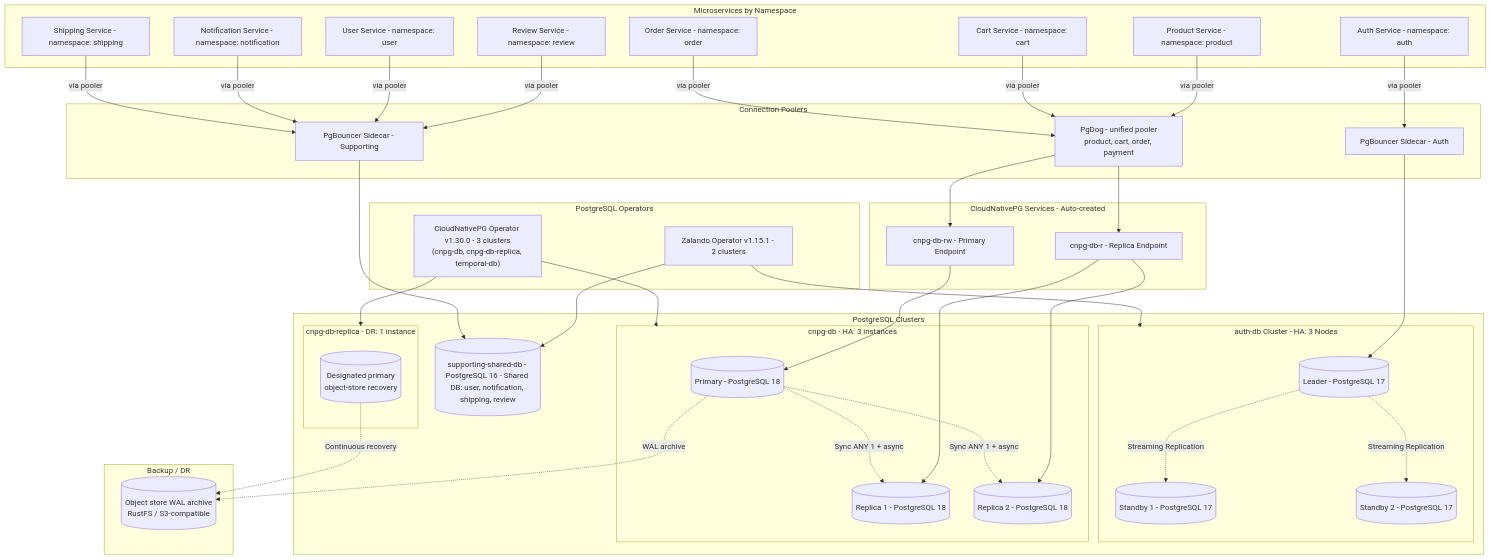
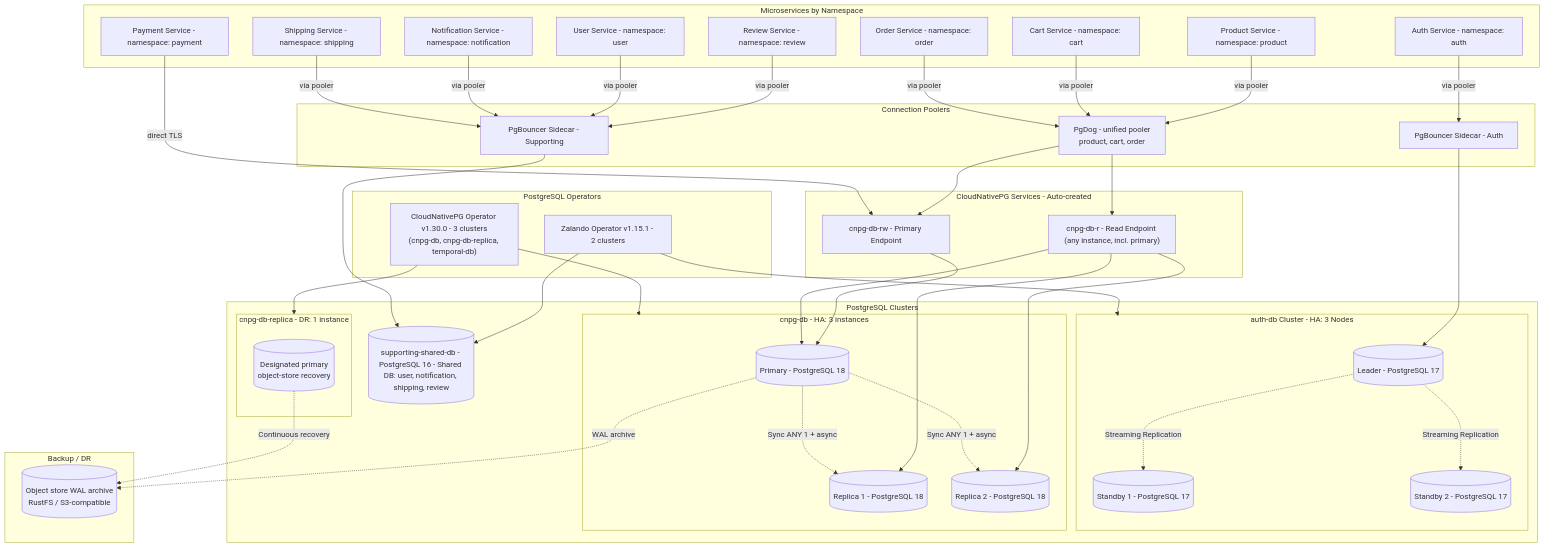
Before and after one commit to duynhlab/homelab: the first of 3 diagrams in docs/databases/002-database-integration.md, drawn with Mermaid. The commit also changed other lines of this file and 44 other files, not shown here.

```diff
--- a/docs/databases/002-database-integration.md
+++ b/docs/databases/002-database-integration.md
@@ -41,6 +41,7 @@
         ProductSvc["Product Service - namespace: product"]
         CartSvc["Cart Service - namespace: cart"]
         OrderSvc["Order Service - namespace: order"]
+        PaymentSvc["Payment Service - namespace: payment"]
         ReviewSvc["Review Service - namespace: review"]
         UserSvc["User Service - namespace: user"]
         NotificationSvc["Notification Service - namespace: notification"]
@@ -50,7 +51,7 @@
     subgraph Poolers["Connection Poolers"]
         PgBouncerAuth["PgBouncer Sidecar - Auth"]
         PgBouncerSupporting["PgBouncer Sidecar - Supporting"]
-        PgDogCNPG["PgDog - unified pooler<br/>product, cart, order, payment"]
+        PgDogCNPG["PgDog - unified pooler<br/>product, cart, order"]
     end
     
     subgraph Clusters["PostgreSQL Clusters"]
@@ -79,7 +80,7 @@
     
     subgraph CloudNativePGSvc["CloudNativePG Services - Auto-created"]
         CnpgRW["cnpg-db-rw - Primary Endpoint"]
-        CnpgR["cnpg-db-r - Replica Endpoint"]
+        CnpgR["cnpg-db-r - Read Endpoint (any instance, incl. primary)"]
     end
     
     Zalando --> AuthDBCluster
@@ -88,6 +89,7 @@
     CloudNativePG --> CnpgDR
     
     CnpgRW --> CnpgPrimaryNode
+    CnpgR --> CnpgPrimaryNode
     CnpgR --> CnpgReplica1
     CnpgR --> CnpgReplica2
     
@@ -98,6 +100,7 @@
     OrderSvc -->|via pooler| PgDogCNPG
     PgDogCNPG --> CnpgRW
     PgDogCNPG --> CnpgR
+    PaymentSvc -->|direct TLS| CnpgRW
     ReviewSvc -->|via pooler| PgBouncerSupporting
     UserSvc -->|via pooler| PgBouncerSupporting
     NotificationSvc -->|via pooler| PgBouncerSupporting
```
